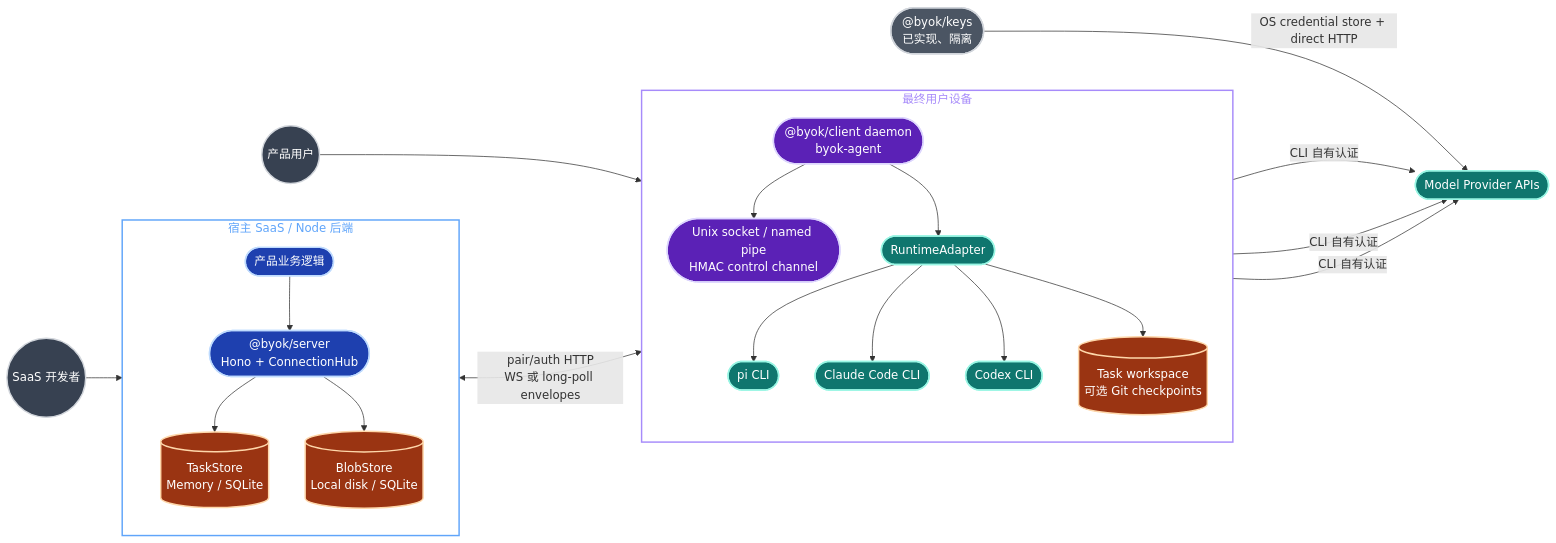
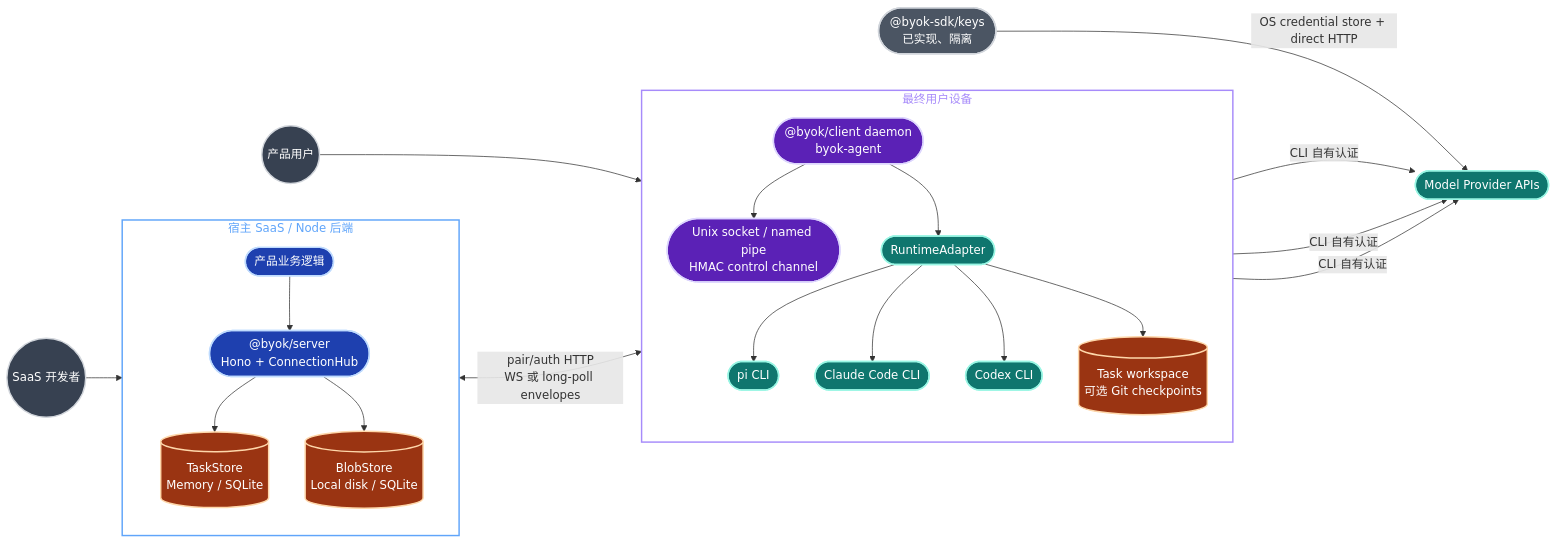
One commit to Ancienttwo/byok-sdk changed the first of 23 diagrams in docs/architecture/sdk-architecture.md. Above: the diagram before and after it, drawn with Mermaid. The commit also changed other lines of this file and 16 other files, not shown here.

Commit message:
fix(keys): publish under @byok-sdk scope (#30)

````diff
--- a/docs/architecture/sdk-architecture.md
+++ b/docs/architecture/sdk-architecture.md
@@ -33,54 +33,54 @@
 ```mermaid
 flowchart LR
   classDef actor fill:#374151,stroke:#d1d5db,stroke-width:2px,color:#fff
   classDef server fill:#1e40af,stroke:#bfdbfe,stroke-width:2px,color:#fff
   classDef client fill:#5b21b6,stroke:#ddd6fe,stroke-width:2px,color:#fff
   classDef runtime fill:#0f766e,stroke:#99f6e4,stroke-width:2px,color:#fff
   classDef store fill:#9a3412,stroke:#fed7aa,stroke-width:2px,color:#fff
   classDef isolated fill:#4b5563,stroke:#d1d5db,stroke-width:2px,color:#fff
 
   Human(("产品用户")):::actor
   Dev(("SaaS 开发者")):::actor
 
   subgraph SaaS["宿主 SaaS / Node 后端"]
     direction TB
     App(["产品业务逻辑"]):::server
     Server(["@byok/server<br/>Hono + ConnectionHub"]):::server
     TaskStore[("TaskStore<br/>Memory / SQLite")]:::store
     BlobStore[("BlobStore<br/>Local disk / SQLite")]:::store
     App --> Server
     Server --> TaskStore
     Server --> BlobStore
   end
 
   subgraph Device["最终用户设备"]
     direction TB
     Agent(["@byok/client daemon<br/>byok-agent"]):::client
     IPC(["Unix socket / named pipe<br/>HMAC control channel"]):::client
     Runtime(["RuntimeAdapter"]):::runtime
     Pi(["pi CLI"]):::runtime
     Claude(["Claude Code CLI"]):::runtime
     Codex(["Codex CLI"]):::runtime
     Workspace[("Task workspace<br/>可选 Git checkpoints")]:::store
     Agent --> IPC
     Agent --> Runtime
     Runtime --> Pi
     Runtime --> Claude
     Runtime --> Codex
     Runtime --> Workspace
   end
 
   Provider(["Model Provider APIs"]):::runtime
-  Keys(["@byok/keys<br/>已实现、隔离"]):::isolated
+  Keys(["@byok-sdk/keys<br/>已实现、隔离"]):::isolated
 
   Dev --> App
   Human --> Agent
   Server <-->|"pair/auth HTTP<br/>WS 或 long-poll envelopes"| Agent
   Pi -->|"CLI 自有认证"| Provider
   Claude -->|"CLI 自有认证"| Provider
   Codex -->|"CLI 自有认证"| Provider
   Keys -->|"OS credential store + direct HTTP"| Provider
 
   style SaaS fill:none,stroke:#60a5fa,stroke-width:2px,color:#60a5fa
   style Device fill:none,stroke:#a78bfa,stroke-width:2px,color:#a78bfa
 ```
````
